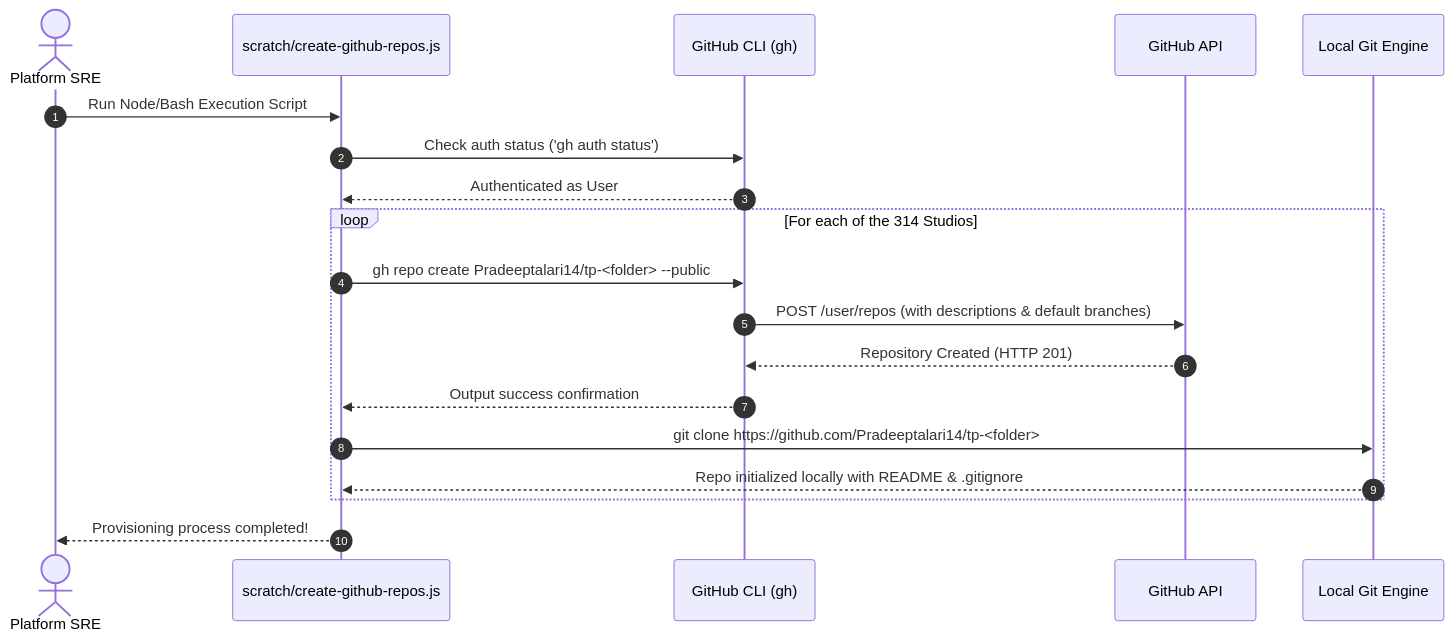
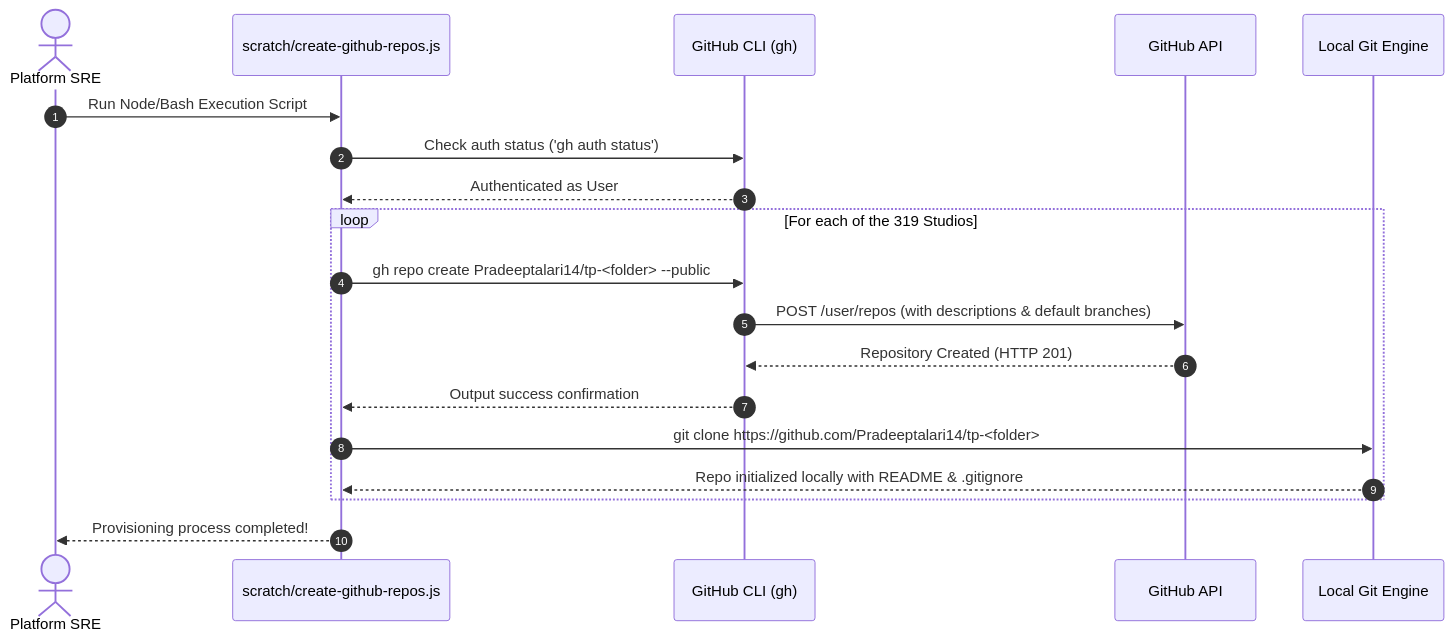
The first of 2 diagrams in GITHUB_PROVISIONING_GUIDE.md (Pradeeptalari14/portfolio), drawn with Mermaid before and after one commit. The commit also changed other lines of this file and 42 other files, not shown here.

````diff
--- a/GITHUB_PROVISIONING_GUIDE.md
+++ b/GITHUB_PROVISIONING_GUIDE.md
@@ -25,22 +25,22 @@
 ```mermaid
 sequenceDiagram
     autonumber
     actor Engineer as Platform SRE
     participant Script as scratch/create-github-repos.js
     participant gh as GitHub CLI (gh)
     participant API as GitHub API
     participant Git as Local Git Engine
 
     Engineer->>Script: Run Node/Bash Execution Script
     Script->>gh: Check auth status ('gh auth status')
     gh-->>Script: Authenticated as User
-    loop For each of the 314 Studios
+    loop For each of the 319 Studios
         Script->>gh: gh repo create Pradeeptalari14/tp-<folder> --public
         gh->>API: POST /user/repos (with descriptions & default branches)
         API-->>gh: Repository Created (HTTP 201)
         gh-->>Script: Output success confirmation
         Script->>Git: git clone https://github.com/Pradeeptalari14/tp-<folder>
         Git-->>Script: Repo initialized locally with README & .gitignore
     end
     Script-->>Engineer: Provisioning process completed!
 ```
````
